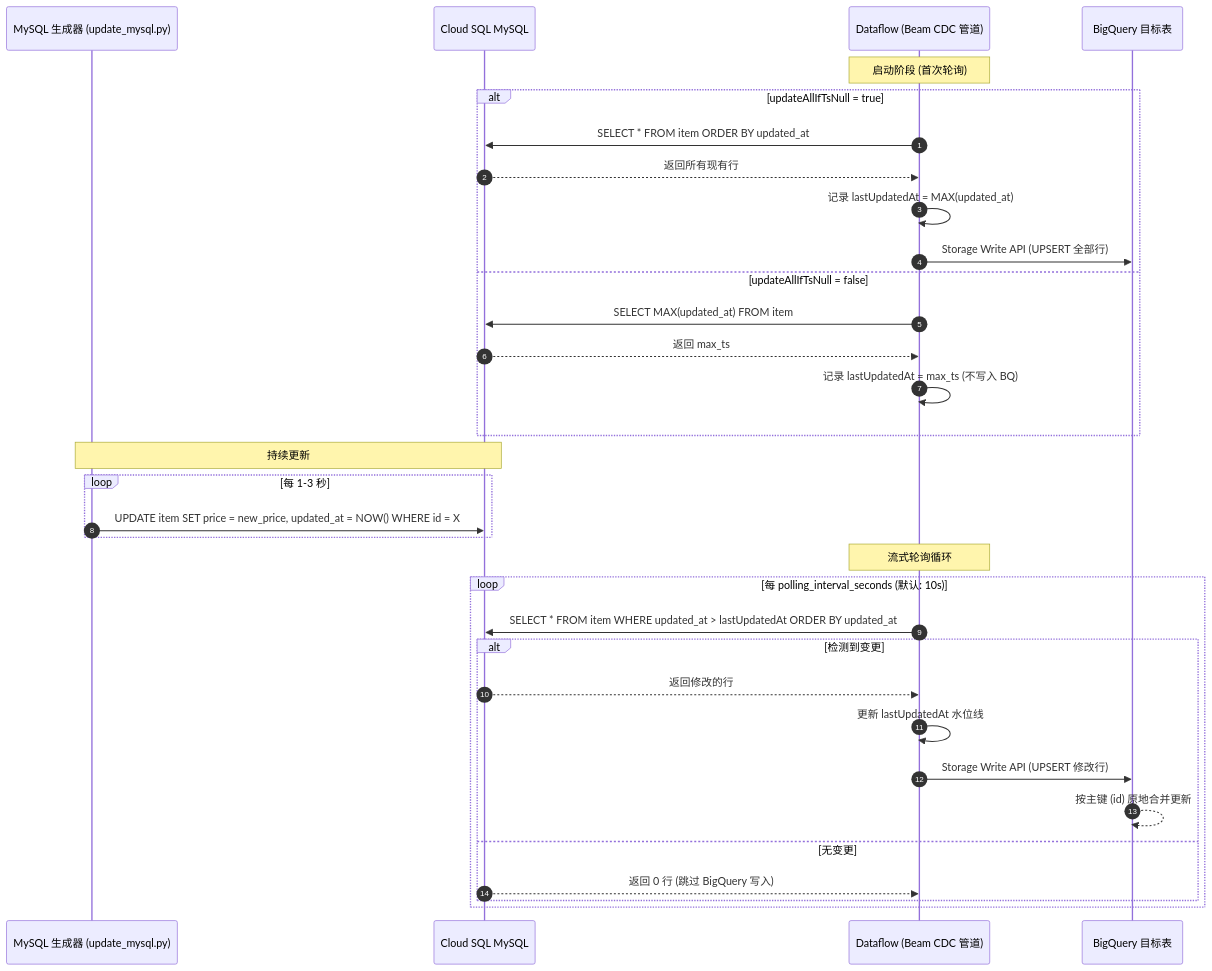
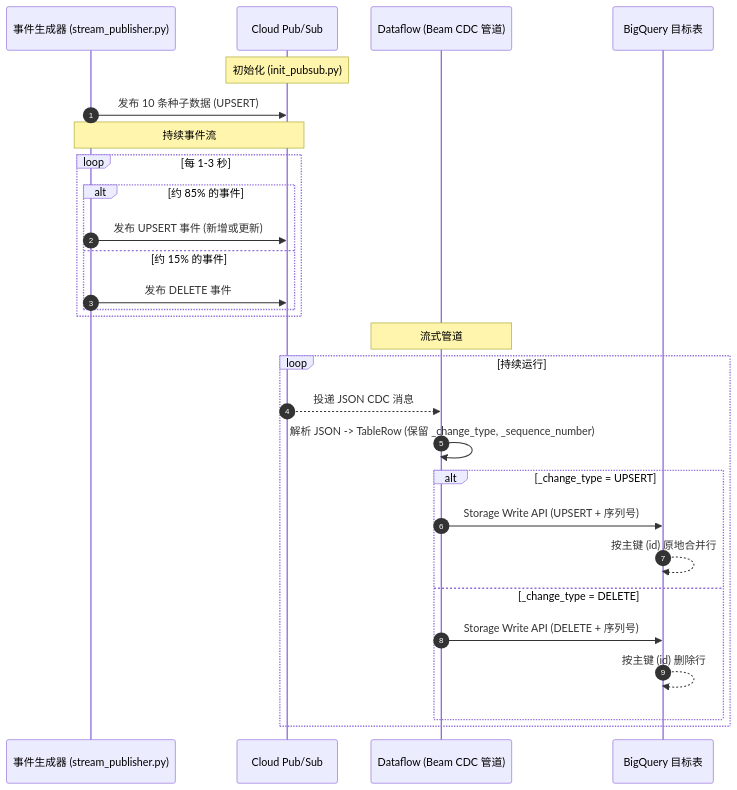
One commit to cloudymoma/bqcdc changed the second of 2 diagrams in README_cn.md. Above: the diagram before and after it, drawn with Mermaid. The commit also changed other lines of this file and 15 other files, not shown here.

Commit message:
feat: initial checkin for Pubsub to BigQuery Demo

````diff
--- a/README_cn.md
+++ b/README_cn.md
@@ -42,38 +44,33 @@
 ```mermaid
 sequenceDiagram
     autonumber
-    participant App as MySQL 生成器 (update_mysql.py)
-    participant DB as Cloud SQL MySQL
+    participant App as 事件生成器 (stream_publisher.py)
+    participant PS as Cloud Pub/Sub
     participant DF as Dataflow (Beam CDC 管道)
     participant BQ as BigQuery 目标表
 
-    Note over DF: 启动阶段 (首次轮询)
-    alt updateAllIfTsNull = true
-        DF->>DB: SELECT * FROM item ORDER BY updated_at
-        DB-->>DF: 返回所有现有行
-        DF->>DF: 记录 lastUpdatedAt = MAX(updated_at)
-        DF->>BQ: Storage Write API (UPSERT 全部行)
-    else updateAllIfTsNull = false
-        DF->>DB: SELECT MAX(updated_at) FROM item
-        DB-->>DF: 返回 max_ts
-        DF->>DF: 记录 lastUpdatedAt = max_ts (不写入 BQ)
+    Note over PS: 初始化 (init_pubsub.py)
+    App->>PS: 发布 10 条种子数据 (UPSERT)
+
+    Note over App,PS: 持续事件流
+    loop 每 1-3 秒
+        alt 约 85% 的事件
+            App->>PS: 发布 UPSERT 事件 (新增或更新)
+        else 约 15% 的事件
+            App->>PS: 发布 DELETE 事件
+        end
     end
 
-    Note over App,DB: 持续更新
-    loop 每 1-3 秒
-        App->>DB: UPDATE item SET price = new_price, updated_at = NOW() WHERE id = X
-    end
-
-    Note over DF: 流式轮询循环
-    loop 每 polling_interval_seconds (默认: 10s)
-        DF->>DB: SELECT * FROM item WHERE updated_at > lastUpdatedAt ORDER BY updated_at
-        alt 检测到变更
-            DB-->>DF: 返回修改的行
-            DF->>DF: 更新 lastUpdatedAt 水位线
-            DF->>BQ: Storage Write API (UPSERT 修改行)
-            BQ-->>BQ: 按主键 (id) 原地合并更新
-        else 无变更
-            DB-->>DF: 返回 0 行 (跳过 BigQuery 写入)
+    Note over DF: 流式管道
+    loop 持续运行
+        PS-->>DF: 投递 JSON CDC 消息
+        DF->>DF: 解析 JSON -> TableRow (保留 _change_type, _sequence_number)
+        alt _change_type = UPSERT
+            DF->>BQ: Storage Write API (UPSERT + 序列号)
+            BQ-->>BQ: 按主键 (id) 原地合并行
+        else _change_type = DELETE
+            DF->>BQ: Storage Write API (DELETE + 序列号)
+            BQ-->>BQ: 按主键 (id) 删除行
         end
     end
 ```
````
